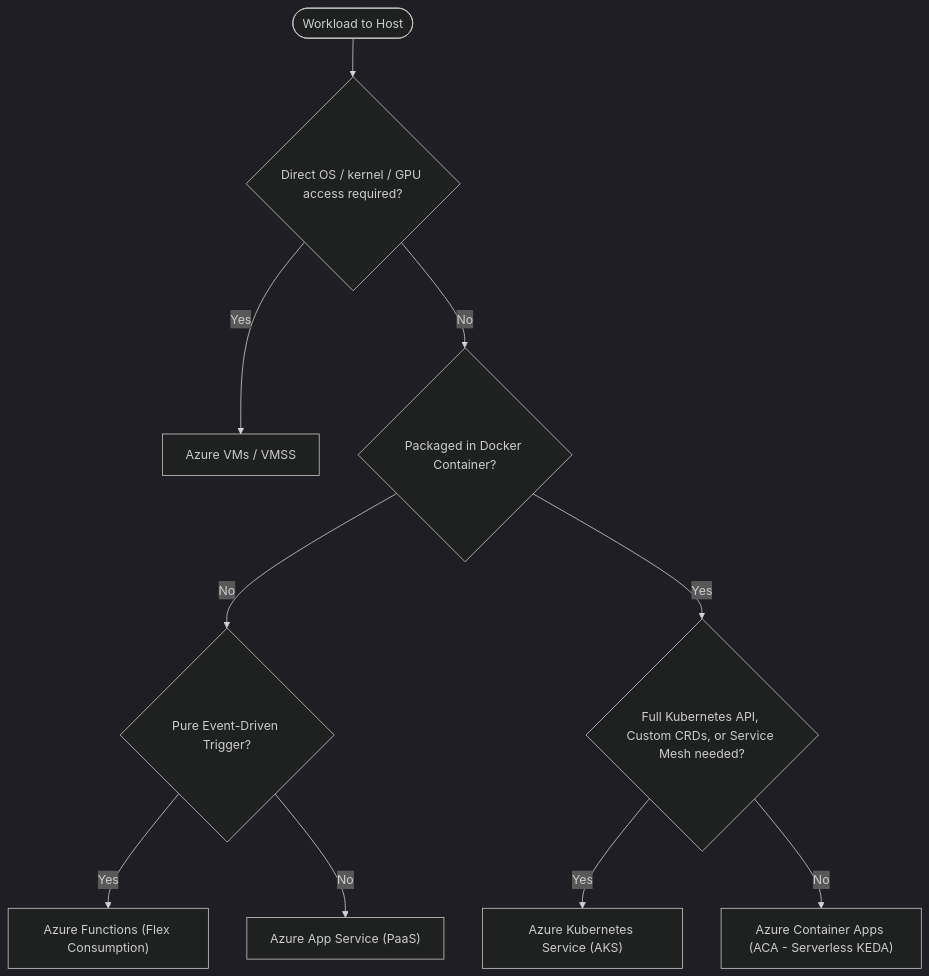
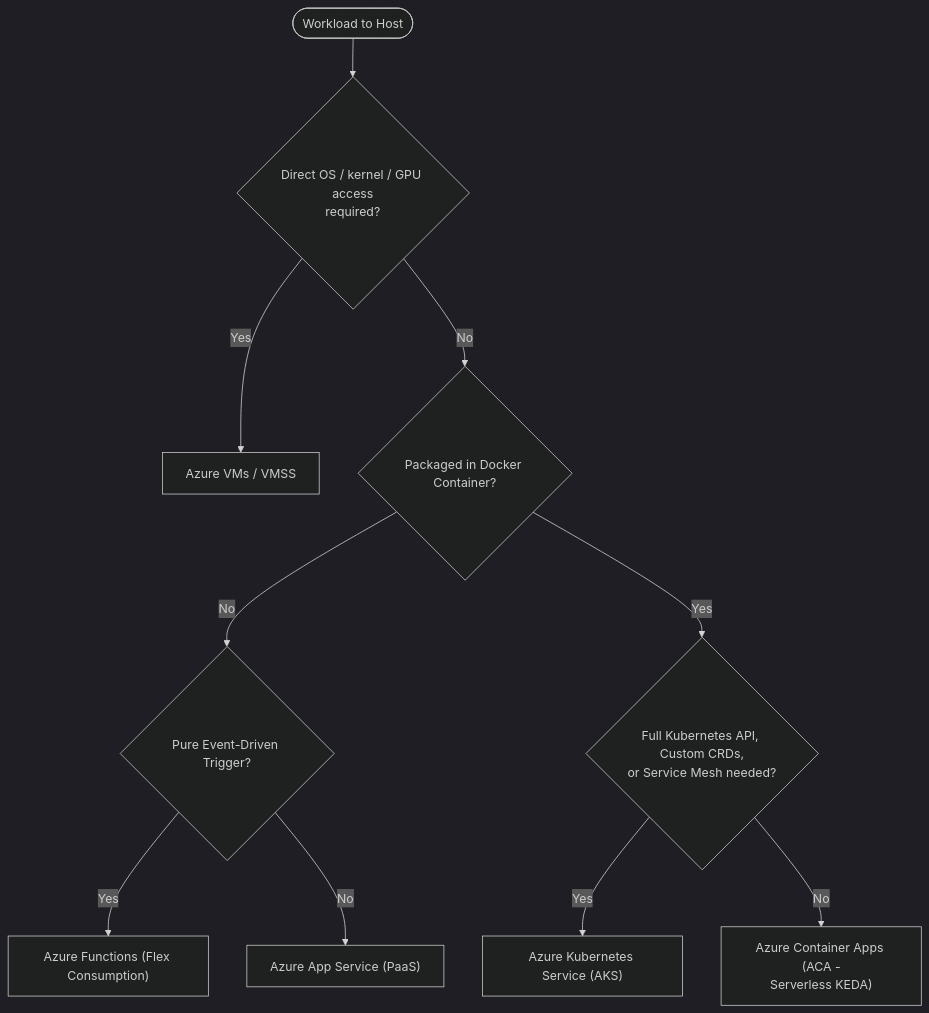
The second of 3 diagrams in README.md (santoshjammi29/azure-cheat-sheet), drawn with Mermaid (dark theme) before and after one commit. The commit also changed other lines of this file and 15 other files, not shown here.

Commit message:
fix(diagrams): word-wrap labels and escape comparison operators across all diagrams

````diff
--- a/README.md
+++ b/README.md
@@ -247,14 +247,14 @@
 ```mermaid
 flowchart TD
-    StartCompute([Workload to Host]) --> Q_BareMetal{Direct OS / kernel / GPU access required?}
+    StartCompute([Workload to Host]) --> Q_BareMetal{"Direct OS / kernel / GPU access<br/>required?"}
     Q_BareMetal -- Yes --> VM["Azure VMs / VMSS"]
     Q_BareMetal -- No --> Q_Docker{Packaged in Docker Container?}
 
     Q_Docker -- No --> Q_Trigger{Pure Event-Driven Trigger?}
     Q_Trigger -- Yes --> Fn["Azure Functions (Flex Consumption)"]
     Q_Trigger -- No --> AppSvc["Azure App Service (PaaS)"]
 
-    Q_Docker -- Yes --> Q_FullK8s{Full Kubernetes API, Custom CRDs, or Service Mesh needed?}
+    Q_Docker -- Yes --> Q_FullK8s{"Full Kubernetes API, Custom CRDs,<br/>or Service Mesh needed?"}
     Q_FullK8s -- Yes --> AKS["Azure Kubernetes Service (AKS)"]
-    Q_FullK8s -- No --> ACA["Azure Container Apps (ACA - Serverless KEDA)"]
+    Q_FullK8s -- No --> ACA["Azure Container Apps (ACA -<br/>Serverless KEDA)"]
 ```
````
